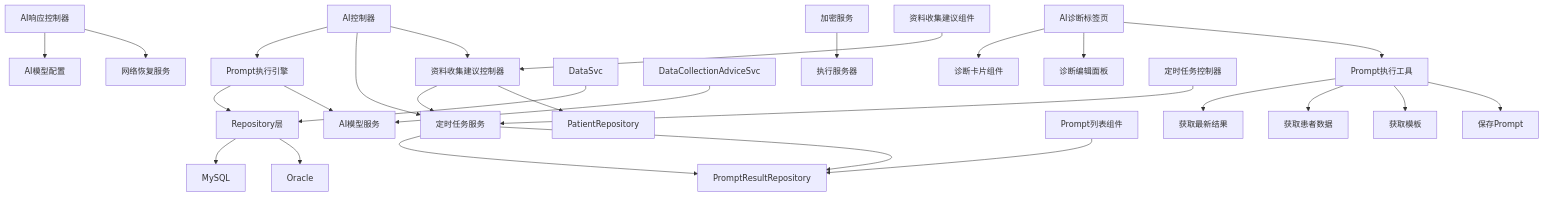
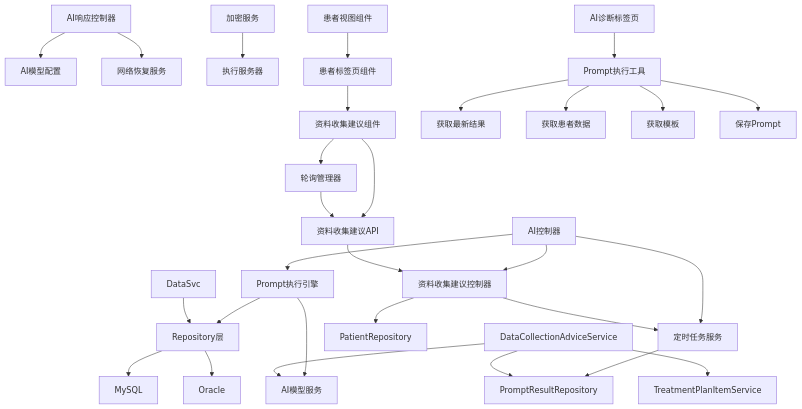
Before and after one commit to liuzh2008/med_ai_assistant_workspace: the eighth of 8 diagrams in .qoder/repowiki/zh/content/核心功能模块/AI诊断辅助系统.md, drawn with Mermaid. The commit also changed other lines of this file and 5 other files, not shown here.

````diff
--- a/.qoder/repowiki/zh/content/核心功能模块/AI诊断辅助系统.md
+++ b/.qoder/repowiki/zh/content/核心功能模块/AI诊断辅助系统.md
@@ -754,29 +853,31 @@
 ```mermaid
 graph TB
 AI["AI控制器"] --> PromptSvc["Prompt执行引擎"]
 AI --> TimerSvc["定时任务服务"]
 AI --> DataCollectionAdviceCtrl["资料收集建议控制器"]
 AIResp["AI响应控制器"] --> AIModelCfg["AI模型配置"]
 AIResp --> NetRecovery["网络恢复服务"]
 Encrypt["加密服务"] --> ExecServer["执行服务器"]
 PromptSvc --> Repo["Repository层"]
 TimerSvc --> PromptResultRepo["PromptResultRepository"]
 DataCollectionAdviceCtrl --> TimerSvc
 DataCollectionAdviceCtrl --> PatientRepo["PatientRepository"]
-TimerSvc --> PromptResultRepo
+DataCollectionAdviceService --> PromptResultRepo
+DataCollectionAdviceService --> TreatmentPlanService["TreatmentPlanItemService"]
+DataCollectionAdvice["资料收集建议组件"] --> PollingManager["轮询管理器"]
+DataCollectionAdvice --> DataCollectionAdviceAPI["资料收集建议API"]
+DataCollectionAdviceAPI --> DataCollectionAdviceCtrl
+PollingManager --> DataCollectionAdviceAPI
+PatientTabs["患者标签页组件"] --> DataCollectionAdvice
+PatientView["患者视图组件"] --> PatientTabs
+AIDiagnosisTab["AI诊断标签页"] --> handlePromptExecution["Prompt执行工具"]
+handlePromptExecution --> getLatestPromptResult["获取最新结果"]
+handlePromptExecution --> getPatientData["获取患者数据"]
+handlePromptExecution --> getPromptTemplate["获取模板"]
+handlePromptExecution --> addPrompt["保存Prompt"]
 DataSvc --> Repo
 Repo --> MySQL["MySQL"]
 Repo --> Oracle["Oracle"]
 PromptSvc --> AIModel["AI模型服务"]
-DataCollectionAdviceSvc --> AIModel
-AIDiagnosisTab["AI诊断标签页"] --> DiagnosisCard["诊断卡片组件"]
-AIDiagnosisTab --> DiagnosisEditPanel["诊断编辑面板"]
-AIDiagnosisTab --> handlePromptExecution["Prompt执行工具"]
-PromptList["Prompt列表组件"] --> PromptResultRepo
-handlePromptExecution --> getLatestPromptResult["获取最新结果"]
-handlePromptExecution --> getPatientData["获取患者数据"]
-handlePromptExecution --> getPromptTemplate["获取模板"]
-handlePromptExecution --> addPrompt["保存Prompt"]
-TimerCtrl["定时任务控制器"] --> TimerSvc
-DataCollectionAdvice["资料收集建议组件"] --> DataCollectionAdviceCtrl
+DataCollectionAdviceService --> AIModel
 ```
````
